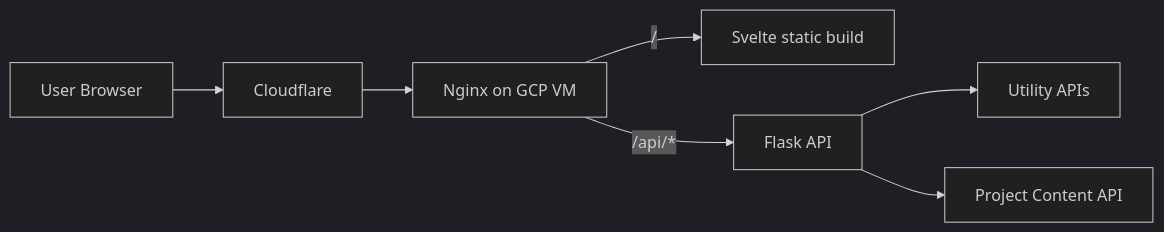
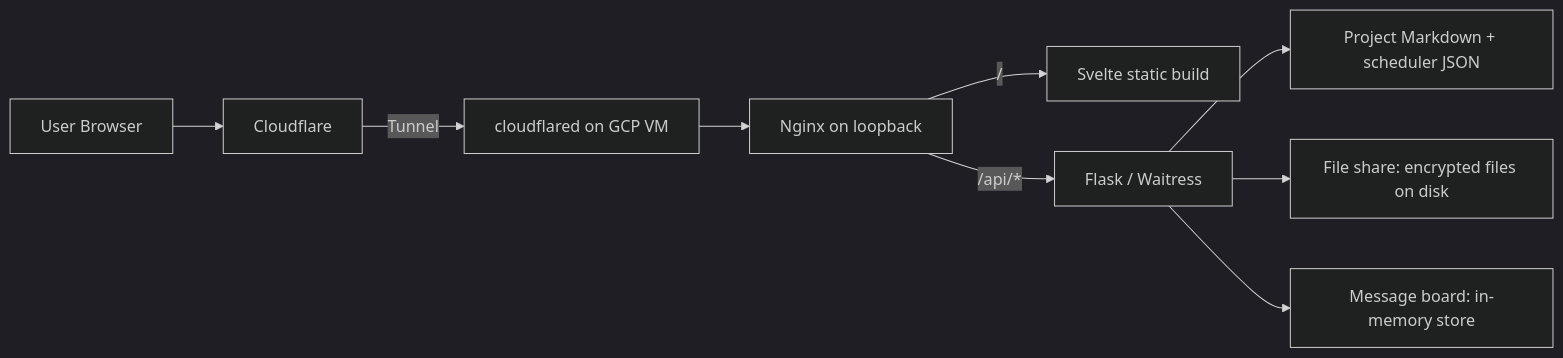
One commit to DefiantBurger/Website changed the first of 2 diagrams in backend/app/content/projects/personal-website-platform.md. Above: the diagram before and after it, drawn with Mermaid (dark theme). The commit also changed other lines of this file, not shown here.

Commit message:
Updated project writeup markdown

````diff
--- a/backend/app/content/projects/personal-website-platform.md
+++ b/backend/app/content/projects/personal-website-platform.md
@@ -60,9 +62,11 @@
 ```mermaid
 flowchart LR
     U[User Browser] --> CF[Cloudflare]
-    CF --> NX[Nginx on GCP VM]
+    CF -->|Tunnel| CFD[cloudflared on GCP VM]
+    CFD --> NX[Nginx on loopback]
     NX -->|/| FE[Svelte static build]
-    NX -->|/api/*| BE[Flask API]
-    BE --> UT[Utility APIs]
-    BE --> PC[Project Content API]
+    NX -->|/api/*| BE[Flask / Waitress]
+    BE --> PC[Project Markdown + scheduler JSON]
+    BE --> FS[File share: encrypted files on disk]
+    BE --> MB[Message board: in-memory store]
 ```
````
